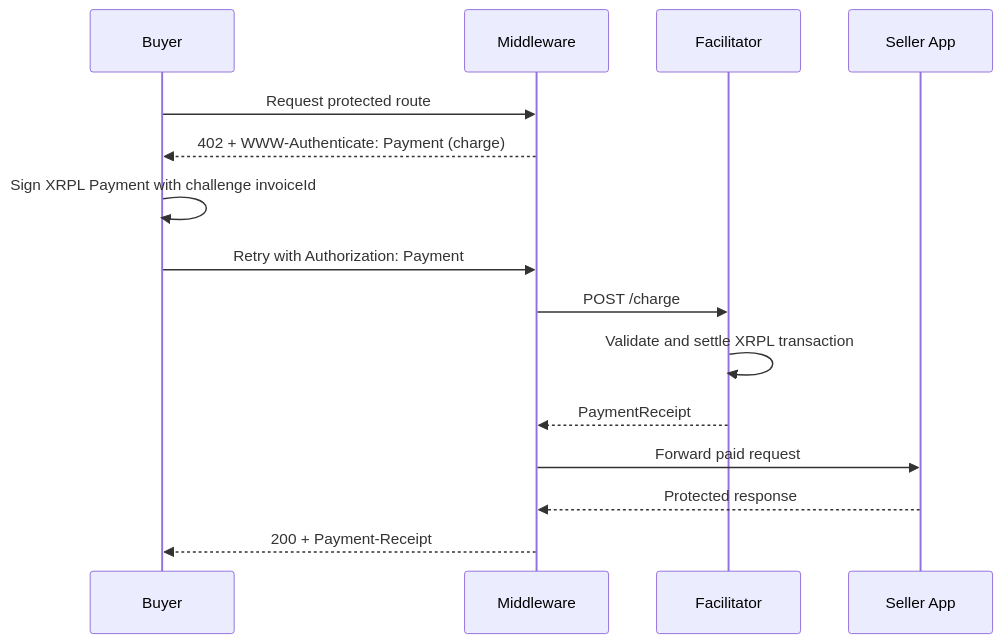
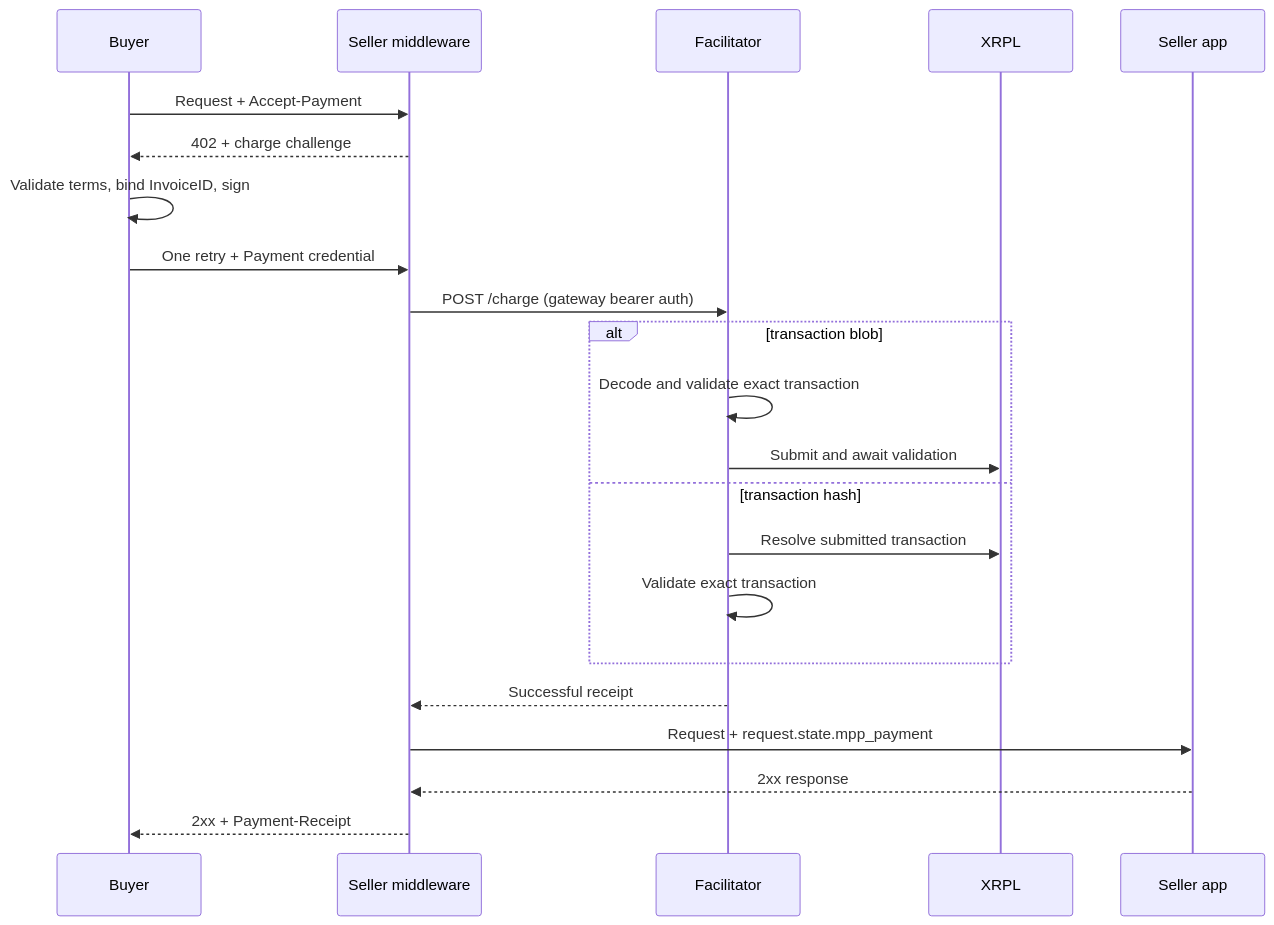
Before and after one commit to lgcarrier/xrpl-mpp-stack: the first of 2 diagrams in docs/how-it-works/payment-flow.md, drawn with Mermaid. The commit also changed other lines of this file and 159 other files, not shown here.

````diff
--- a/docs/how-it-works/payment-flow.md
+++ b/docs/how-it-works/payment-flow.md
@@ -5,18 +5,25 @@
 ```mermaid
 sequenceDiagram
-    participant Buyer
-    participant Middleware
-    participant Facilitator
-    participant App as Seller App
+    participant B as Buyer
+    participant S as Seller middleware
+    participant F as Facilitator
+    participant X as XRPL
+    participant A as Seller app
 
-    Buyer->>Middleware: Request protected route
-    Middleware-->>Buyer: 402 + WWW-Authenticate: Payment (charge)
-    Buyer->>Buyer: Sign XRPL Payment with challenge invoiceId
-    Buyer->>Middleware: Retry with Authorization: Payment
-    Middleware->>Facilitator: POST /charge
-    Facilitator->>Facilitator: Validate and settle XRPL transaction
-    Facilitator-->>Middleware: PaymentReceipt
-    Middleware->>App: Forward paid request
-    App-->>Middleware: Protected response
-    Middleware-->>Buyer: 200 + Payment-Receipt
+    B->>S: Request + Accept-Payment
+    S-->>B: 402 + charge challenge
+    B->>B: Validate terms, bind InvoiceID, sign
+    B->>S: One retry + Payment credential
+    S->>F: POST /charge (gateway bearer auth)
+    alt transaction blob
+        F->>F: Decode and validate exact transaction
+        F->>X: Submit and await validation
+    else transaction hash
+        F->>X: Resolve submitted transaction
+        F->>F: Validate exact transaction
+    end
+    F-->>S: Successful receipt
+    S->>A: Request + request.state.mpp_payment
+    A-->>S: 2xx response
+    S-->>B: 2xx + Payment-Receipt
 ```
````
